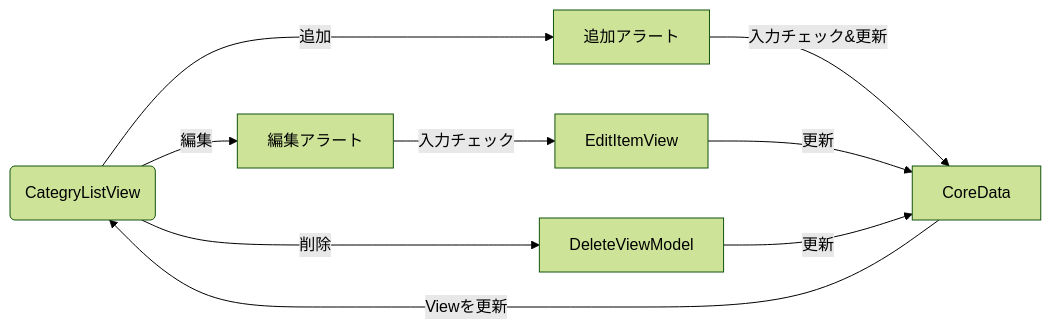
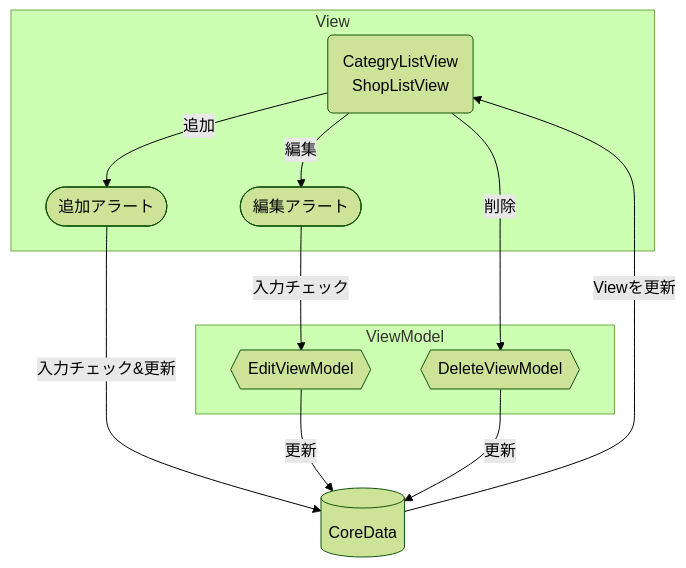
The second of 2 diagrams in README.md (ymp-a/tokuMemo), drawn with Mermaid (forest theme) before and after one commit. The commit also changed other lines of this file, not shown here.

````diff
--- a/README.md
+++ b/README.md
@@ -54,7 +58,17 @@
 ```mermaid
-graph LR;
-  2(CategryListView)--追加-->追加アラート--入力チェック&更新-->CoreData
-  2--編集-->編集アラート--入力チェック-->EditItemView--更新-->CoreData
-  2--削除-->DeleteViewModel--更新-->CoreData
-  CoreData--Viewを更新-->2
+graph TB;
+  subgraph View
+  2
+  t
+  h
+  end
+  subgraph ViewModel
+  E
+  D
+  end
+  2(CategryListView<br>ShopListView)--追加-->t([追加アラート])--入力チェック&更新-->C[(CoreData)]
+  2--編集-->h([編集アラート])--入力チェック-->E{{EditViewModel}}--更新-->C
+  2--削除-->D{{DeleteViewModel}}--更新-->C
+  C--Viewを更新-->2
+
 ```
````
